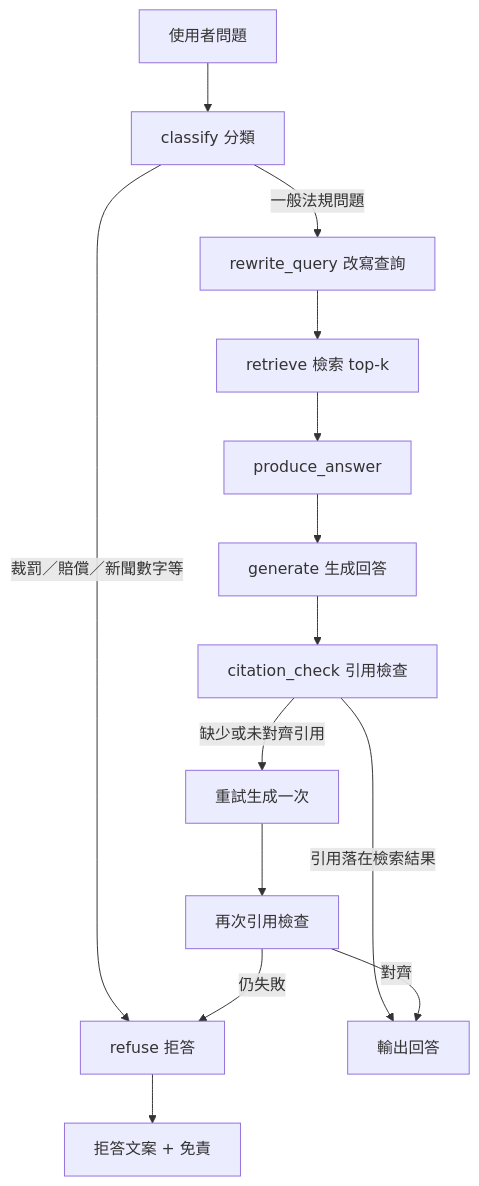
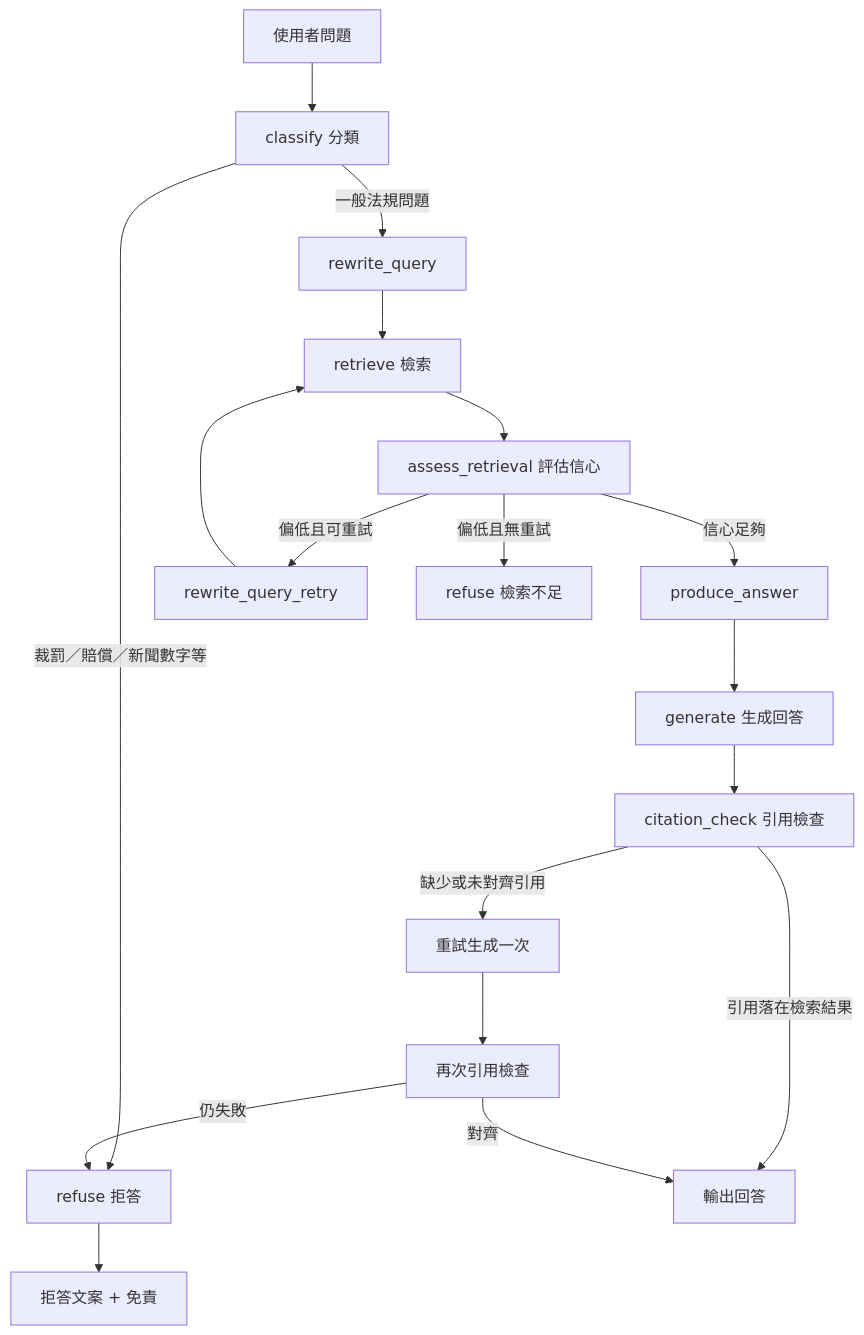
The diagram in readme-tw.md (poirotw66/fin-rag), drawn with Mermaid before and after one commit. The commit also changed other lines of this file and 13 other files, not shown here.

First line of the commit message:
feat: implement retrieval confidence assessment and retry mechanism

````diff
--- a/readme-tw.md
+++ b/readme-tw.md
@@ -124,16 +124,20 @@
 ```mermaid
 flowchart TD
     Q[使用者問題] --> C[classify 分類]
     C -->|裁罰／賠償／新聞數字等| R[refuse 拒答]
-    C -->|一般法規問題| RQ[rewrite_query 改寫查詢]
-    RQ --> RET[retrieve 檢索 top-k]
-    RET --> PA[produce_answer]
+    C -->|一般法規問題| RQ[rewrite_query]
+    RQ --> RET[retrieve 檢索]
+    RET --> AR[assess_retrieval 評估信心]
+    AR -->|信心足夠| PA[produce_answer]
+    AR -->|偏低且可重試| RQR[rewrite_query_retry]
+    RQR --> RET
+    AR -->|偏低且無重試| RL[refuse 檢索不足]
     PA --> G[generate 生成回答]
     G --> CH[citation_check 引用檢查]
     CH -->|引用落在檢索結果| OUT[輸出回答]
     CH -->|缺少或未對齊引用| RETRY[重試生成一次]
     RETRY --> CH2[再次引用檢查]
     CH2 -->|對齊| OUT
     CH2 -->|仍失敗| R
     R --> REF[拒答文案 + 免責]
 ```
````
